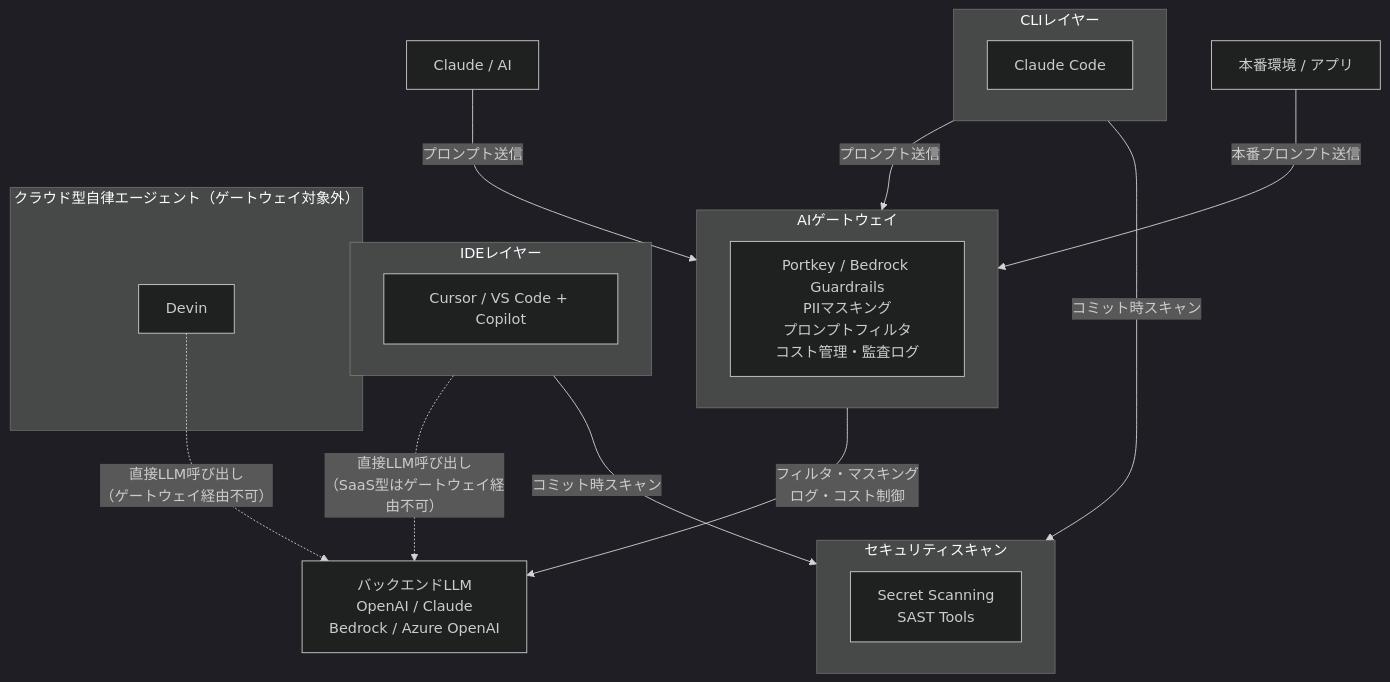
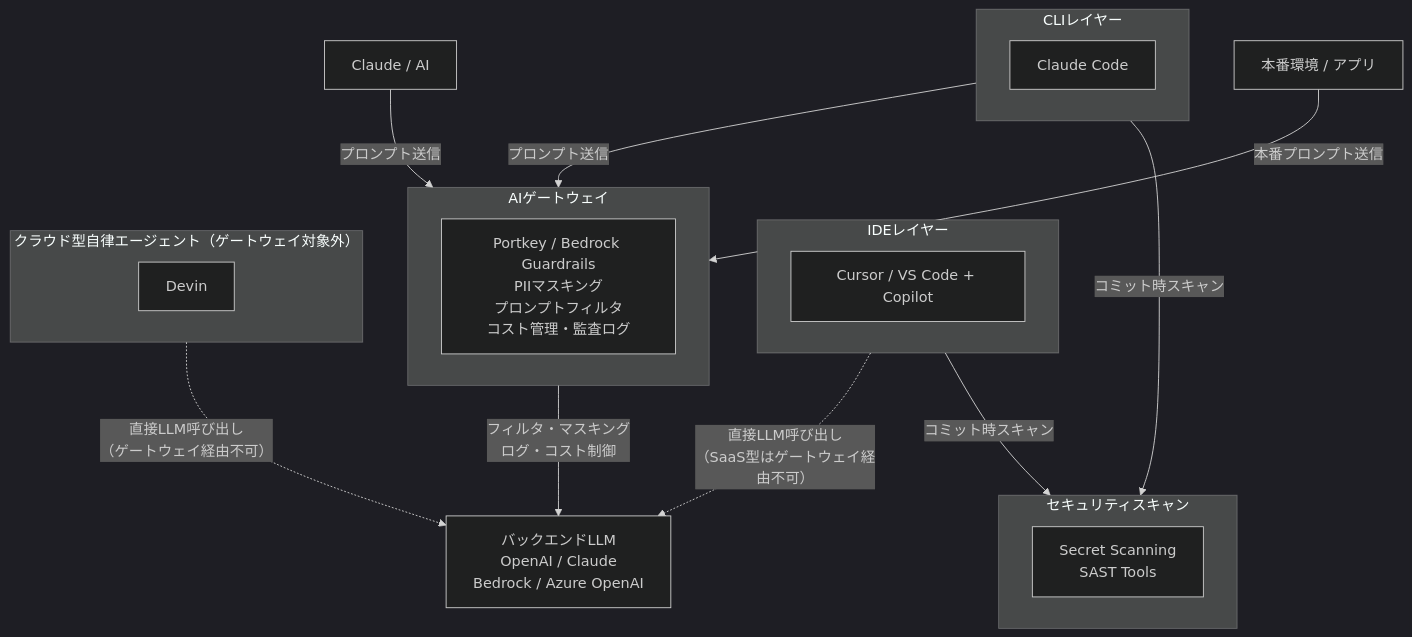
The third of 20 diagrams in AI駆動開発.md (takuma39/ai), drawn with Mermaid (dark theme) before and after one commit. The commit also changed other lines of this file, not shown here.

````diff
--- a/AI駆動開発.md
+++ b/AI駆動開発.md
@@ -181,36 +181,36 @@
 ```mermaid
 graph TD
     subgraph ide["IDEレイヤー"]
         Cursor["Cursor / VS Code + Copilot"]
     end
 
     subgraph cli["CLIレイヤー"]
         CC["Claude Code"]
     end
 
     Claude["Claude / AI"]
     Prod["本番環境 / アプリ"]
 
     subgraph gateway["AIゲートウェイ"]
         GWProxy["Portkey / Bedrock Guardrails<br/>PIIマスキング<br/>プロンプトフィルタ<br/>コスト管理・監査ログ"]
     end
 
     LLM["バックエンドLLM<br/>OpenAI / Claude<br/>Bedrock / Azure OpenAI"]
 
     subgraph security["セキュリティスキャン"]
         SecScan["Secret Scanning<br/>SAST Tools"]
     end
 
     subgraph saas_agent["クラウド型自律エージェント（ゲートウェイ対象外）"]
         Devin["Devin"]
     end
 
     cli -->|"プロンプト送信"| gateway
     Claude -->|"プロンプト送信"| gateway
     Prod -->|"本番プロンプト送信"| gateway
     gateway -->|"フィルタ・マスキング<br/>ログ・コスト制御"| LLM
     ide -.->|"直接LLM呼び出し<br/>（SaaS型はゲートウェイ経由不可）"| LLM
     cli -->|"コミット時スキャン"| security
     ide -->|"コミット時スキャン"| security
-    Devin -.->|"直接LLM呼び出し<br/>（ゲートウェイ経由不可）"| LLM
+    saas_agent -.->|"直接LLM呼び出し<br/>（ゲートウェイ経由不可）"| LLM
 ```
````
